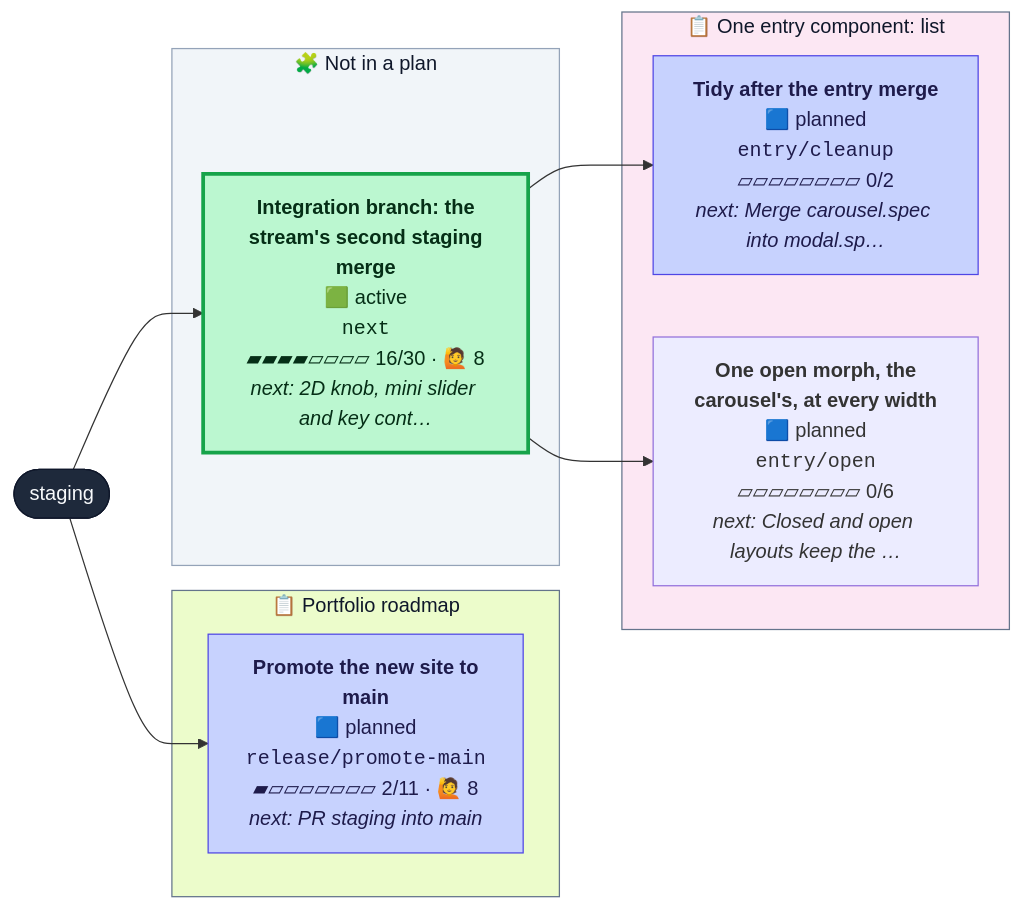
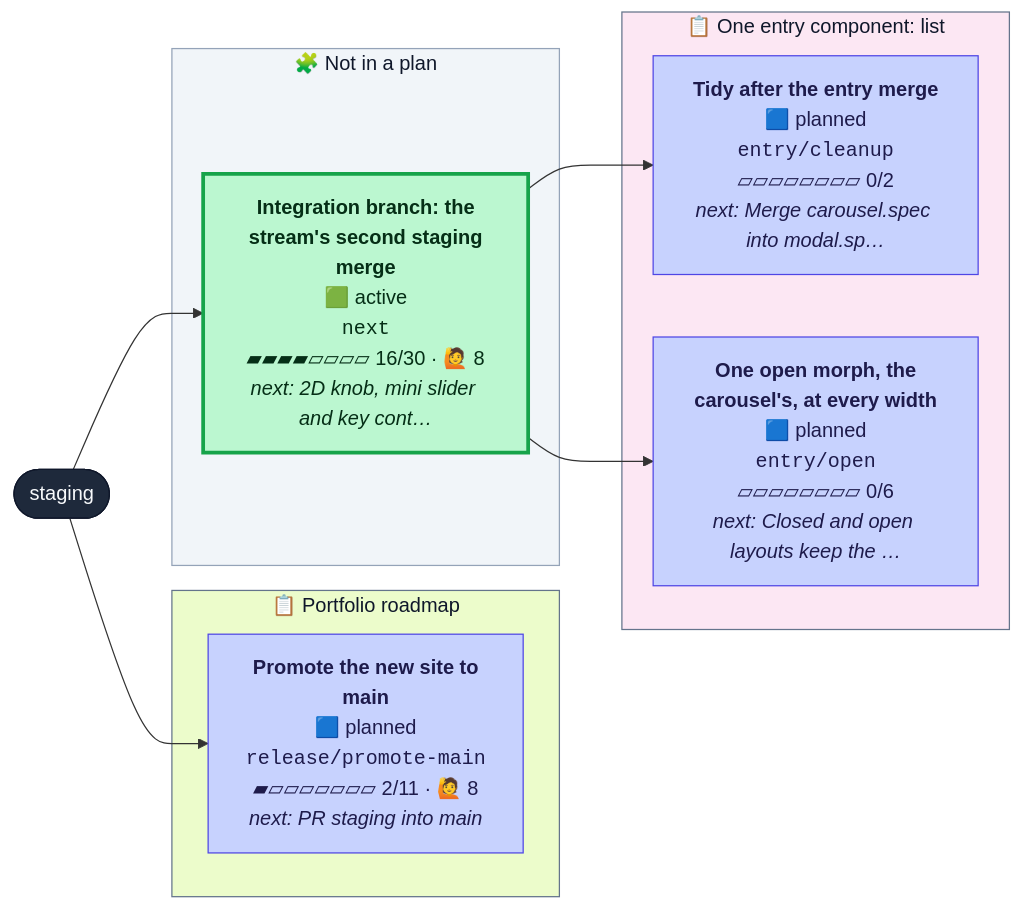
One commit to henryjonescodes/portfolio changed the second of 2 diagrams in CONTRIBUTING.md. Above: the diagram before and after it, drawn with Mermaid. The commit also changed other lines of this file and 1 other file, not shown here.

````diff
--- a/CONTRIBUTING.md
+++ b/CONTRIBUTING.md
@@ -37,33 +37,33 @@
 ```mermaid
 flowchart LR
   n_staging([staging])
   class n_staging trunk
   subgraph plan_1["📋 One entry component: list"]
     n_entry_cleanup["<b>Tidy after the entry merge</b><br/>🟦 planned<br/><code>entry/cleanup</code><br/>▱▱▱▱▱▱▱▱ 0/2<br/><i>next: Merge carousel.spec into modal.sp…</i>"]
     class n_entry_cleanup planned
     n_entry_open["<b>One open morph, the<br/>carousel's, at every width</b><br/>🟦 planned<br/><code>entry/open</code><br/>▱▱▱▱▱▱▱▱ 0/6<br/><i>next: Closed and open layouts keep the …</i>"]
-    class n_entry_open planned,current
+    class n_entry_open planned
   end
   style plan_1 fill:#fce7f3,stroke:#64748b,color:#0f172a
   subgraph plan_2["📋 Portfolio roadmap"]
     n_release_promote_main["<b>Promote the new site to<br/>main</b><br/>🟦 planned<br/><code>release/promote-main</code><br/>▰▱▱▱▱▱▱▱ 2/11 · 🙋 8<br/><i>next: PR staging into main</i>"]
     class n_release_promote_main planned
   end
   style plan_2 fill:#ecfccb,stroke:#64748b,color:#0f172a
   subgraph loose["🧩 Not in a plan"]
     n_next["<b>Integration branch: the<br/>stream's second staging<br/>merge</b><br/>🟩 active<br/><code>next</code><br/>▰▰▰▰▱▱▱▱ 16/30 · 🙋 8<br/><i>next: 2D knob, mini slider and key cont…</i>"]
     class n_next active
   end
   style loose fill:#f1f5f9,stroke:#94a3b8,color:#0f172a
   n_next --> n_entry_cleanup
   n_next --> n_entry_open
   n_staging --> n_next
   n_staging --> n_release_promote_main
   classDef planned fill:#c7d2fe,stroke:#4f46e5,color:#1e1b4b
   classDef sketched fill:#f8fafc,stroke:#64748b,stroke-dasharray:4 3,color:#334155
   classDef active fill:#bbf7d0,stroke:#16a34a,stroke-width:3px,color:#052e16
   classDef review fill:#fde68a,stroke:#d97706,stroke-width:3px,color:#451a03
   classDef blocked fill:#fecaca,stroke:#dc2626,stroke-width:3px,color:#450a0a
   classDef trunk fill:#1e293b,stroke:#0f172a,color:#f8fafc
   classDef current stroke:#0ea5e9,stroke-width:5px
 ```
````
